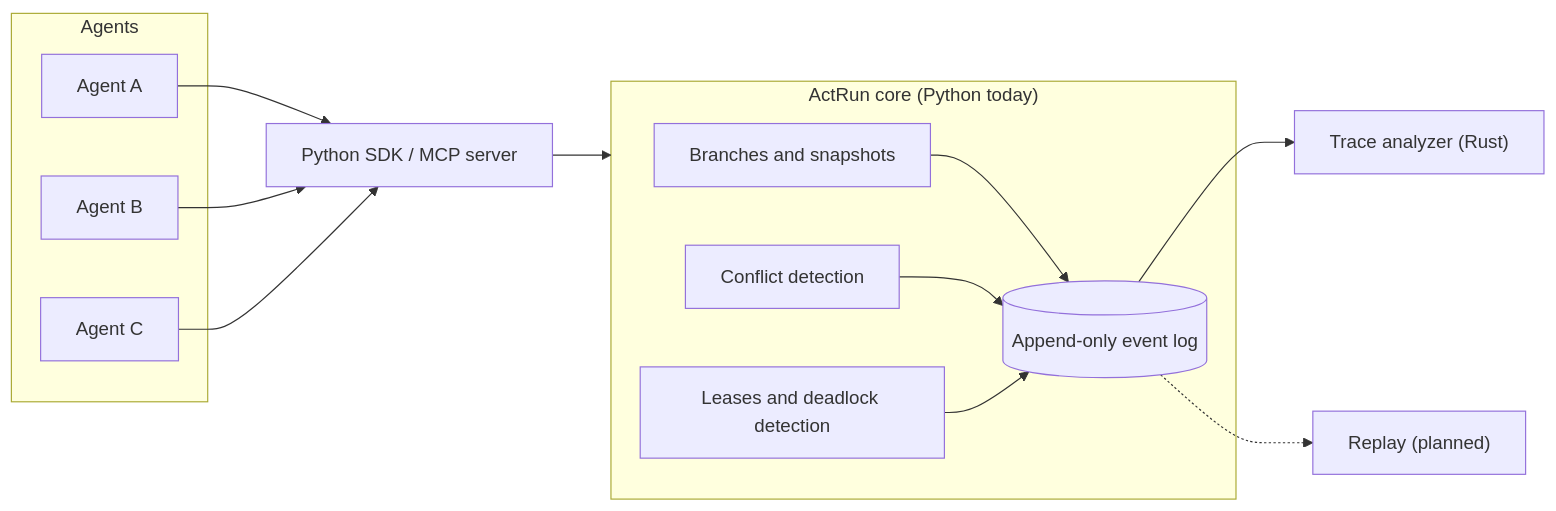
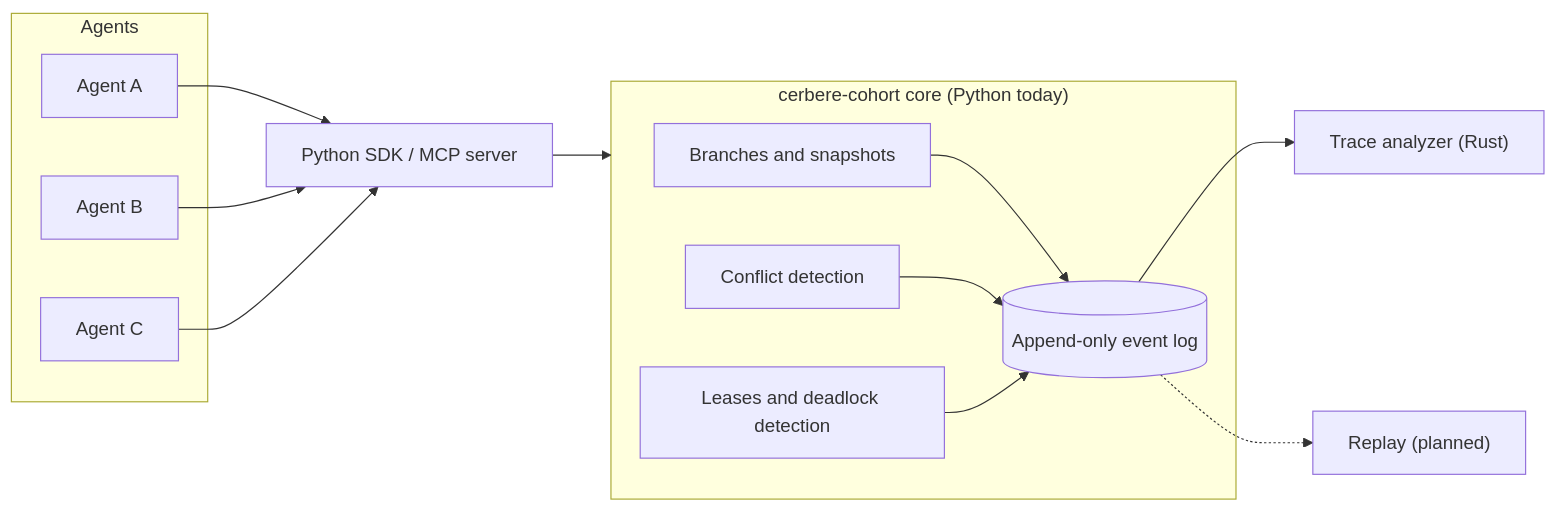
Before and after one commit to chrismsmr-celcom/ActRun: the diagram in README.md, drawn with Mermaid. The commit also changed other lines of this file, not shown here.

````diff
--- a/README.md
+++ b/README.md
@@ -128,23 +129,23 @@
 ```mermaid
 flowchart LR
     subgraph Agents
         A1["Agent A"]
         A2["Agent B"]
         A3["Agent C"]
     end
     A1 --> API
     A2 --> API
     A3 --> API
     API["Python SDK / MCP server"] --> CORE
-    subgraph CORE["ActRun core (Python today)"]
+    subgraph CORE["cerbere-cohort core (Python today)"]
         WS["Branches and snapshots"]
         CR["Conflict detection"]
         LE["Leases and deadlock detection"]
         LOG[("Append-only event log")]
     end
     WS --> LOG
     CR --> LOG
     LE --> LOG
     LOG --> METRICS["Trace analyzer (Rust)"]
     LOG -.-> REPLAY["Replay (planned)"]
 ```
````
